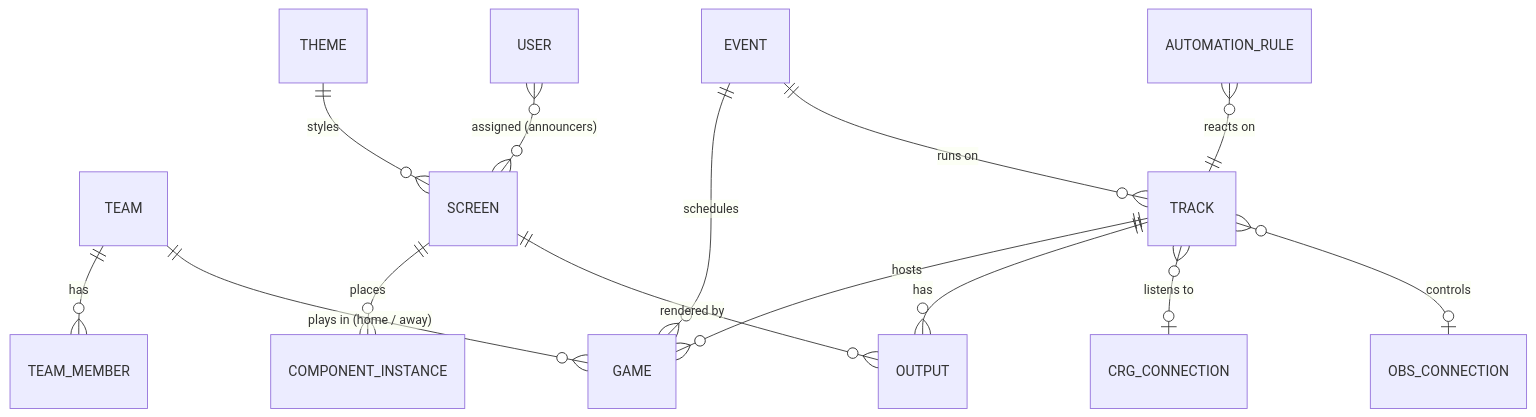
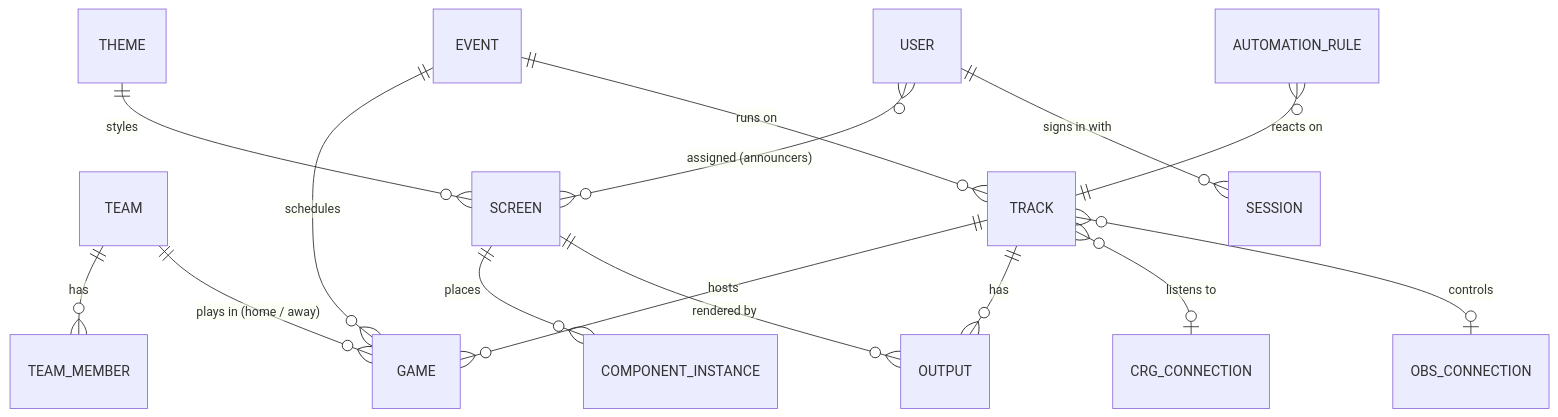
Before and after one commit to wardmanm/GROBS: the diagram in obs-producer/docs/architecture/data-model.md, drawn with Mermaid. The commit also changed other lines of this file and 5 other files, not shown here.

````diff
--- a/obs-producer/docs/architecture/data-model.md
+++ b/obs-producer/docs/architecture/data-model.md
@@ -10,16 +10,17 @@
 ```mermaid
 erDiagram
   TEAM ||--o{ TEAM_MEMBER : has
   THEME ||--o{ SCREEN : styles
   SCREEN ||--o{ COMPONENT_INSTANCE : places
   EVENT ||--o{ GAME : schedules
   EVENT ||--o{ TRACK : "runs on"
   TRACK ||--o{ GAME : hosts
   TEAM ||--o{ GAME : "plays in (home / away)"
   TRACK ||--o{ OUTPUT : has
   SCREEN ||--o{ OUTPUT : "rendered by"
   TRACK }o--o| CRG_CONNECTION : "listens to"
   TRACK }o--o| OBS_CONNECTION : controls
   AUTOMATION_RULE }o--|| TRACK : "reacts on"
   USER }o--o{ SCREEN : "assigned (announcers)"
+  USER ||--o{ SESSION : "signs in with"
 ```
````
